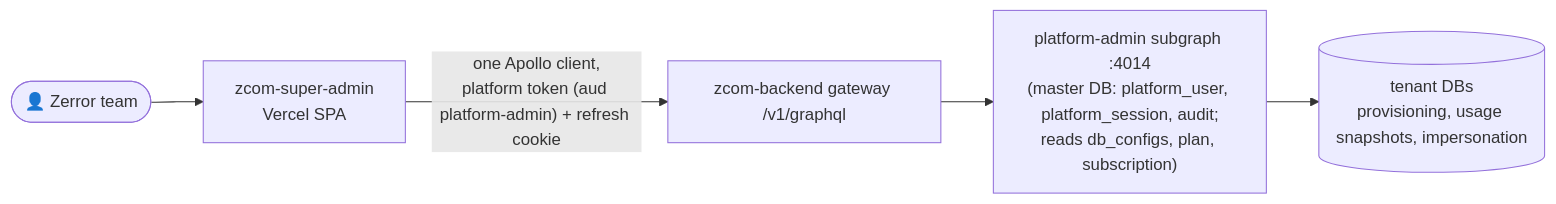
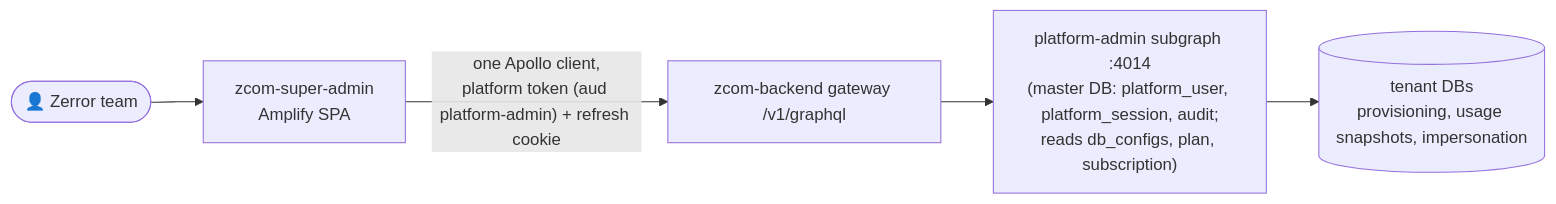
One commit to Zerror-Studios/Zcommerce-super-admin changed the first of 6 diagrams in docs/architecture/solution-architecture.md. Above: the diagram before and after it, drawn with Mermaid. The commit also changed other lines of this file and 6 other files, not shown here.

First line of the commit message:
fix(hosting): Amplify headers file replaces vercel.json; docs say Amplify

````diff
--- a/docs/architecture/solution-architecture.md
+++ b/docs/architecture/solution-architecture.md
@@ -23,7 +23,7 @@
 ```mermaid
 flowchart LR
-    Z(["👤 Zerror team"]) --> SA["zcom-super-admin<br/>Vercel SPA"]
+    Z(["👤 Zerror team"]) --> SA["zcom-super-admin<br/>Amplify SPA"]
     SA -->|"one Apollo client,<br/>platform token (aud platform-admin) + refresh cookie"| GW["zcom-backend gateway /v1/graphql"]
     GW --> PADM["platform-admin subgraph :4014<br/>(master DB: platform_user, platform_session, audit;<br/>reads db_configs, plan, subscription)"]
     PADM --> TDBs[("tenant DBs<br/>provisioning, usage snapshots, impersonation")]
 ```
````
